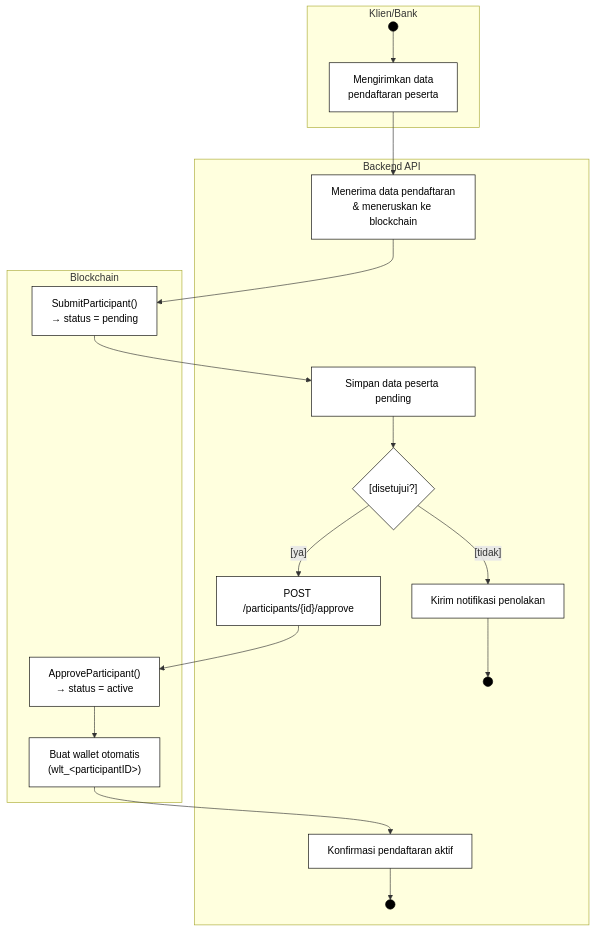
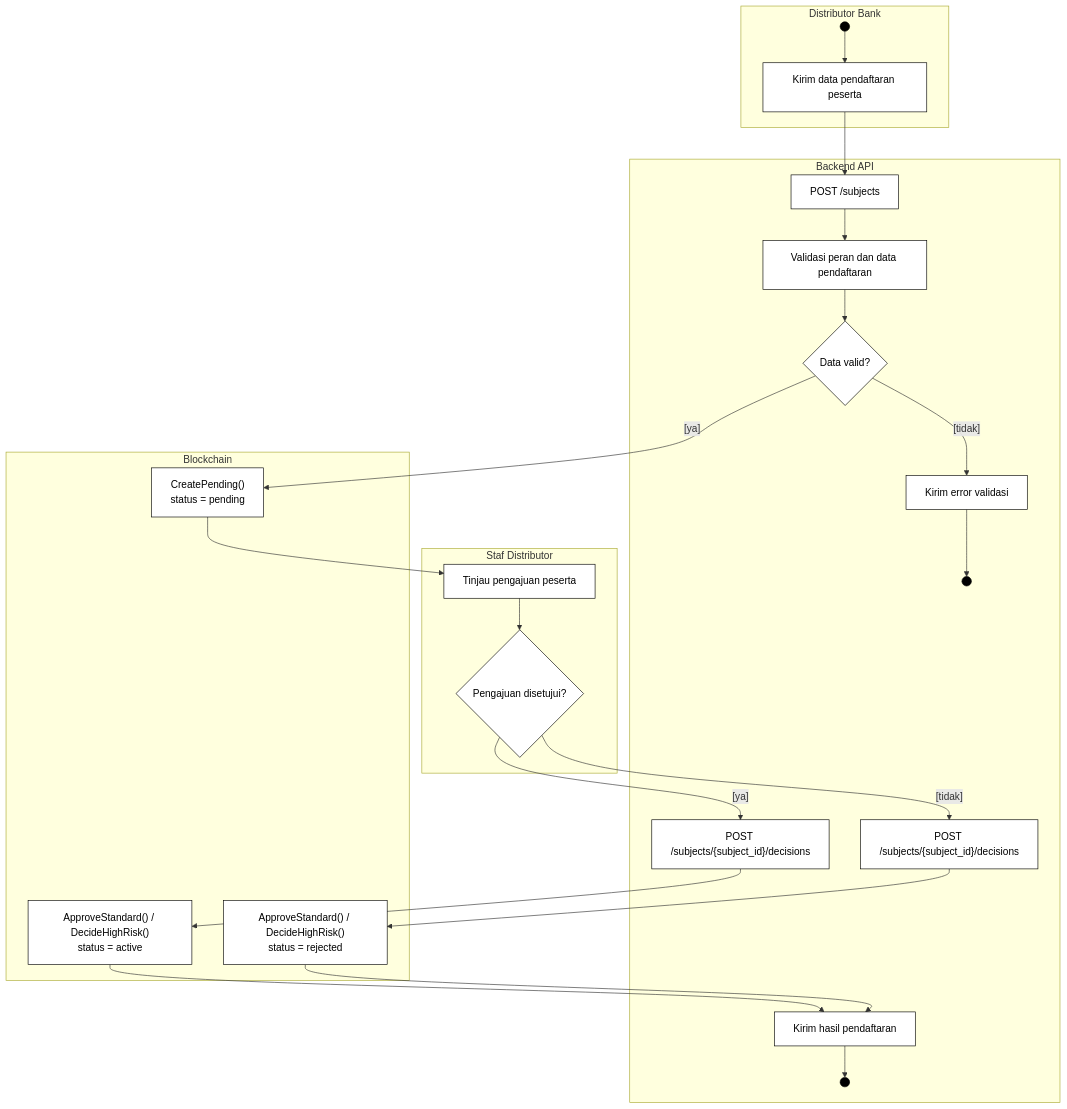
One commit to mfachrizalg/bi-coin changed the first of 7 diagrams in bi-coin-fabric/docs/diagrams/mermaid/activity-diagrams.md. Above: the diagram before and after it, drawn with Mermaid. The commit also changed other lines of this file and 364 other files, not shown here.

````diff
--- a/bi-coin-fabric/docs/diagrams/mermaid/activity-diagrams.md
+++ b/bi-coin-fabric/docs/diagrams/mermaid/activity-diagrams.md
@@ -15,41 +15,51 @@
 ```mermaid
 flowchart TD
   classDef startend fill:#000,stroke:#000,color:#fff
   classDef action fill:#fff,stroke:#000,color:#000
   classDef decision fill:#fff,stroke:#000,color:#000
 
-  subgraph lane_a [Klien/Bank]
+  subgraph lane_a [Distributor Bank]
     S1((" ")):::startend
-    A1["Mengirimkan data<br>pendaftaran peserta"]:::action
+    A1["Kirim data pendaftaran peserta"]:::action
   end
 
   subgraph lane_b [Backend API]
-    A2["Menerima data pendaftaran<br>& meneruskan ke blockchain"]:::action
-    A3["Simpan data peserta pending"]:::action
-    D1{"[disetujui?]"}:::decision
-    A4["Kirim notifikasi penolakan"]:::action
+    A2["POST /subjects"]:::action
+    A3["Validasi peran dan data pendaftaran"]:::action
+    D1{"Data valid?"}:::decision
+    A4["Kirim error validasi"]:::action
     E1a((" ")):::startend
-    A5["POST /participants/{id}/approve"]:::action
-    A6["Konfirmasi pendaftaran aktif"]:::action
+    A5["POST /subjects/{subject_id}/decisions"]:::action
+    A6["POST /subjects/{subject_id}/decisions"]:::action
+    A7["Kirim hasil pendaftaran"]:::action
     E1b((" ")):::startend
   end
 
   subgraph lane_c [Blockchain]
-    A7["SubmitParticipant()<br>→ status = pending"]:::action
-    A8["ApproveParticipant()<br>→ status = active"]:::action
-    A9["Buat wallet otomatis<br>(wlt_&lt;participantID&gt;)"]:::action
+    A8["CreatePending()<br>status = pending"]:::action
+    A9["ApproveStandard() / DecideHighRisk()<br>status = active"]:::action
+    A10["ApproveStandard() / DecideHighRisk()<br>status = rejected"]:::action
+  end
+
+  subgraph lane_d [Staf Distributor]
+    A11["Tinjau pengajuan peserta"]:::action
+    D2{"Pengajuan disetujui?"}:::decision
   end
 
   S1 --> A1
   A1 --> A2
-  A2 --> A7
-  A7 --> A3
+  A2 --> A3
   A3 --> D1
   D1 -->|"[tidak]"| A4
   A4 --> E1a
-  D1 -->|"[ya]"| A5
-  A5 --> A8
-  A8 --> A9
-  A9 --> A6
-  A6 --> E1b
+  D1 -->|"[ya]"| A8
+  A8 --> A11
+  A11 --> D2
+  D2 -->|"[ya]"| A5
+  A5 --> A9
+  A9 --> A7
+  D2 -->|"[tidak]"| A6
+  A6 --> A10
+  A10 --> A7
+  A7 --> E1b
 ```
````
